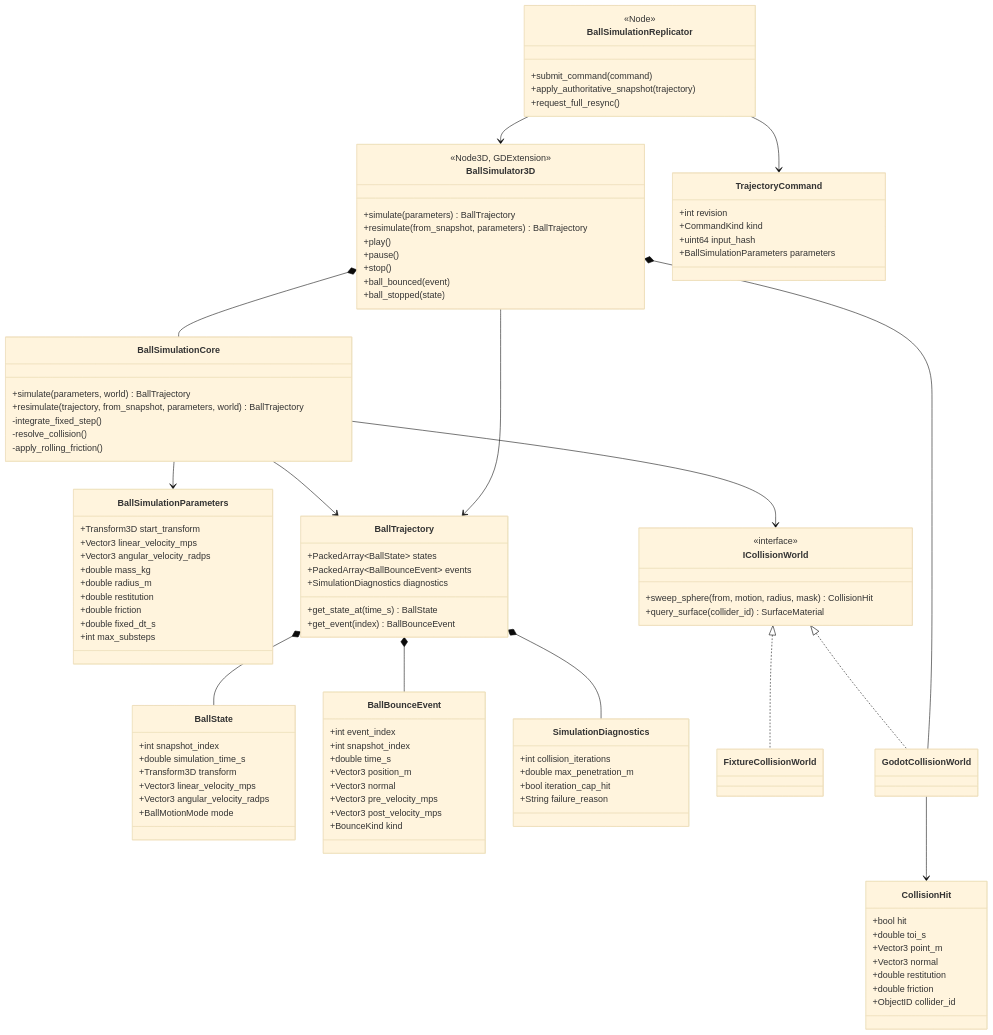
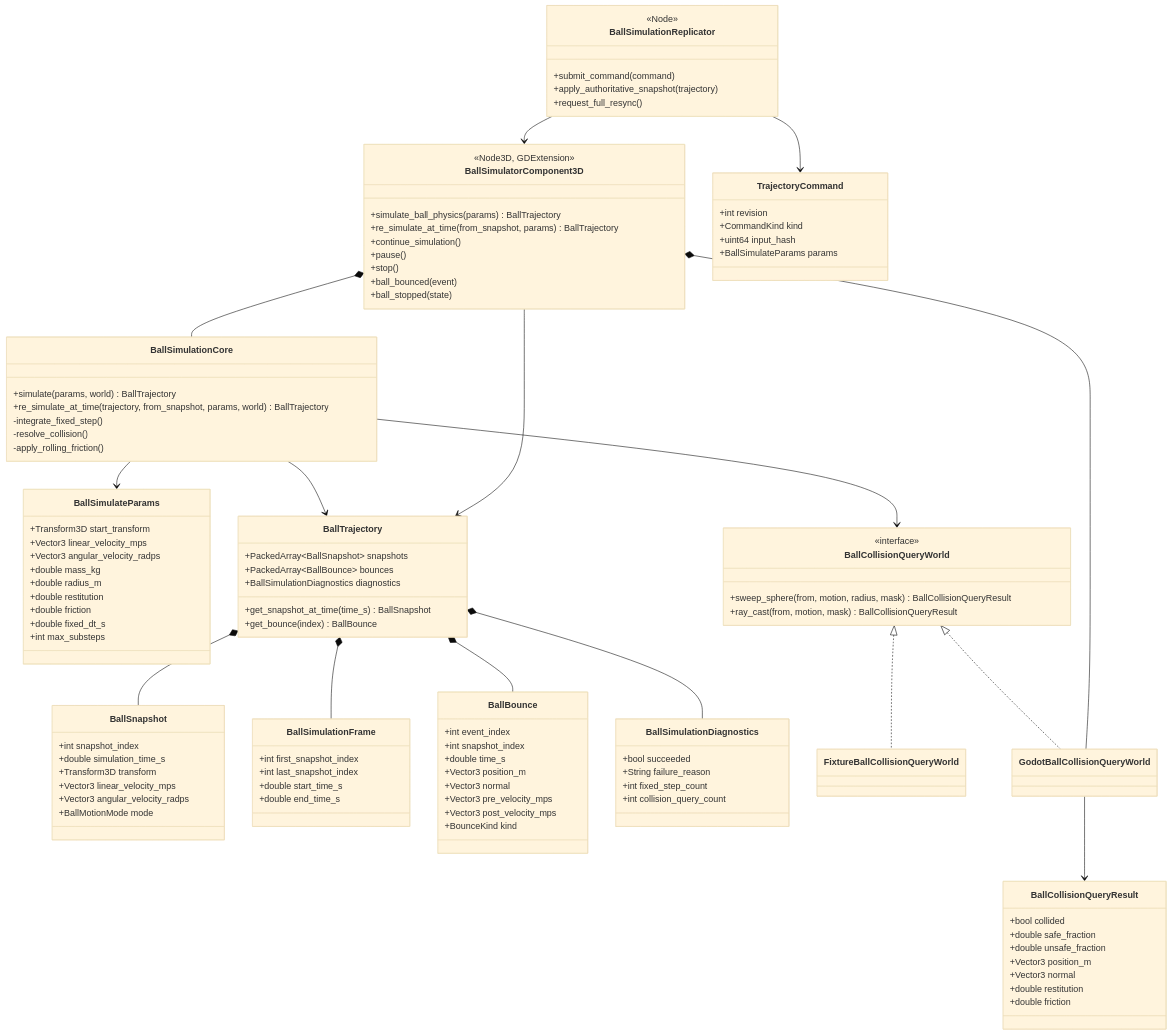
The fourth of 6 diagrams in docs/GODOT_BALL_SIMULATOR_GDD.ko.md (alex-kang-ovdr/GoDotProjects), drawn with Mermaid (base theme) before and after one commit. The commit also changed other lines of this file and 16 other files, not shown here.

````diff
--- a/docs/GODOT_BALL_SIMULATOR_GDD.ko.md
+++ b/docs/GODOT_BALL_SIMULATOR_GDD.ko.md
@@ -125,6 +136,6 @@
 ```mermaid
 classDiagram
-    class BallSimulationParameters {
+    class BallSimulateParams {
         +Transform3D start_transform
         +Vector3 linear_velocity_mps
         +Vector3 angular_velocity_radps
@@ -136,7 +147,7 @@
         +int max_substeps
     }
 
-    class BallState {
+    class BallSnapshot {
         +int snapshot_index
         +double simulation_time_s
         +Transform3D transform
@@ -145,7 +156,14 @@
         +BallMotionMode mode
     }
 
-    class BallBounceEvent {
+    class BallSimulationFrame {
+        +int first_snapshot_index
+        +int last_snapshot_index
+        +double start_time_s
+        +double end_time_s
+    }
+
+    class BallBounce {
         +int event_index
         +int snapshot_index
         +double time_s
@@ -156,53 +174,53 @@
         +BounceKind kind
     }
 
-    class CollisionHit {
-        +bool hit
-        +double toi_s
-        +Vector3 point_m
+    class BallCollisionQueryResult {
+        +bool collided
+        +double safe_fraction
+        +double unsafe_fraction
+        +Vector3 position_m
         +Vector3 normal
         +double restitution
         +double friction
-        +ObjectID collider_id
     }
 
-    class SimulationDiagnostics {
-        +int collision_iterations
-        +double max_penetration_m
-        +bool iteration_cap_hit
+    class BallSimulationDiagnostics {
+        +bool succeeded
         +String failure_reason
+        +int fixed_step_count
+        +int collision_query_count
     }
 
     class BallTrajectory {
-        +PackedArray~BallState~ states
-        +PackedArray~BallBounceEvent~ events
-        +SimulationDiagnostics diagnostics
-        +get_state_at(time_s) BallState
-        +get_event(index) BallBounceEvent
+        +PackedArray~BallSnapshot~ snapshots
+        +PackedArray~BallBounce~ bounces
+        +BallSimulationDiagnostics diagnostics
+        +get_snapshot_at_time(time_s) BallSnapshot
+        +get_bounce(index) BallBounce
     }
 
-    class ICollisionWorld {
+    class BallCollisionQueryWorld {
         <<interface>>
-        +sweep_sphere(from, motion, radius, mask) CollisionHit
-        +query_surface(collider_id) SurfaceMaterial
+        +sweep_sphere(from, motion, radius, mask) BallCollisionQueryResult
+        +ray_cast(from, motion, mask) BallCollisionQueryResult
     }
 
-    class FixtureCollisionWorld
-    class GodotCollisionWorld
+    class FixtureBallCollisionQueryWorld
+    class GodotBallCollisionQueryWorld
 
     class BallSimulationCore {
-        +simulate(parameters, world) BallTrajectory
-        +resimulate(trajectory, from_snapshot, parameters, world) BallTrajectory
+        +simulate(params, world) BallTrajectory
+        +re_simulate_at_time(trajectory, from_snapshot, params, world) BallTrajectory
         -integrate_fixed_step()
         -resolve_collision()
         -apply_rolling_friction()
     }
 
-    class BallSimulator3D {
+    class BallSimulatorComponent3D {
         <<Node3D, GDExtension>>
-        +simulate(parameters) BallTrajectory
-        +resimulate(from_snapshot, parameters) BallTrajectory
-        +play()
+        +simulate_ball_physics(params) BallTrajectory
+        +re_simulate_at_time(from_snapshot, params) BallTrajectory
+        +continue_simulation()
         +pause()
         +stop()
         +ball_bounced(event)
@@ -213,7 +231,7 @@
         +int revision
         +CommandKind kind
         +uint64 input_hash
-        +BallSimulationParameters parameters
+        +BallSimulateParams params
     }
 
     class BallSimulationReplicator {
@@ -223,18 +241,19 @@
         +request_full_resync()
     }
 
-    ICollisionWorld <|.. FixtureCollisionWorld
-    ICollisionWorld <|.. GodotCollisionWorld
-    BallSimulationCore --> ICollisionWorld
-    BallSimulationCore --> BallSimulationParameters
+    BallCollisionQueryWorld <|.. FixtureBallCollisionQueryWorld
+    BallCollisionQueryWorld <|.. GodotBallCollisionQueryWorld
+    BallSimulationCore --> BallCollisionQueryWorld
+    BallSimulationCore --> BallSimulateParams
     BallSimulationCore --> BallTrajectory
-    BallTrajectory *-- BallState
-    BallTrajectory *-- BallBounceEvent
-    BallTrajectory *-- SimulationDiagnostics
-    GodotCollisionWorld --> CollisionHit
-    BallSimulator3D *-- BallSimulationCore
-    BallSimulator3D *-- GodotCollisionWorld
-    BallSimulator3D --> BallTrajectory
+    BallTrajectory *-- BallSnapshot
+    BallTrajectory *-- BallSimulationFrame
+    BallTrajectory *-- BallBounce
+    BallTrajectory *-- BallSimulationDiagnostics
+    GodotBallCollisionQueryWorld --> BallCollisionQueryResult
+    BallSimulatorComponent3D *-- BallSimulationCore
+    BallSimulatorComponent3D *-- GodotBallCollisionQueryWorld
+    BallSimulatorComponent3D --> BallTrajectory
     BallSimulationReplicator --> TrajectoryCommand
-    BallSimulationReplicator --> BallSimulator3D
+    BallSimulationReplicator --> BallSimulatorComponent3D
 ```
````
